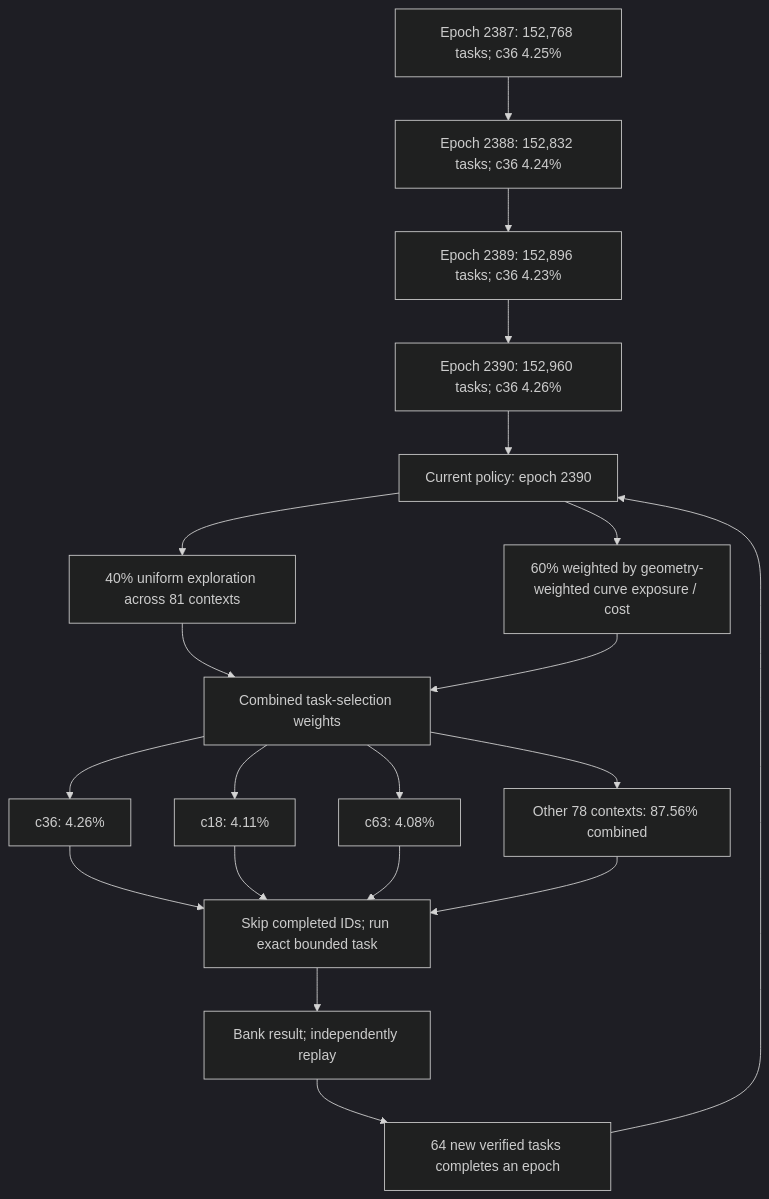
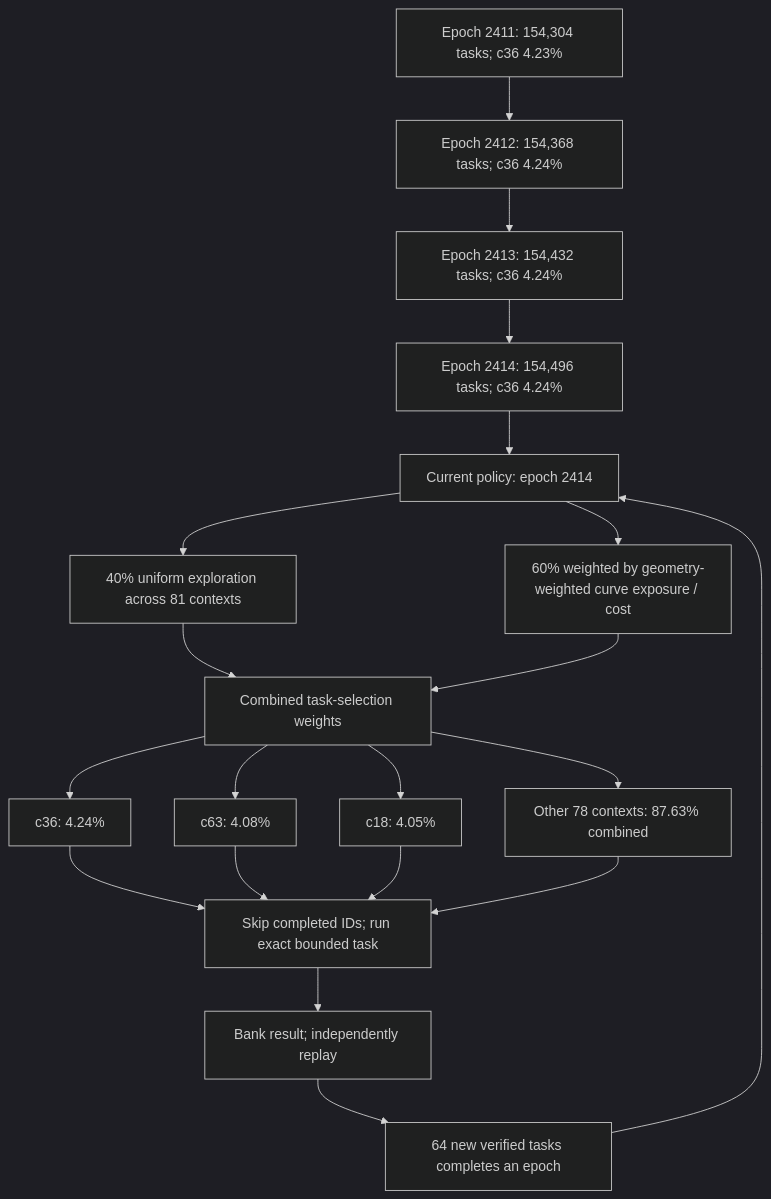
Before and after one commit to Kuberwastaken/math-gambling: the first of 3 diagrams in README.md, drawn with Mermaid (dark theme). The commit also changed other lines of this file and 3087 other files, not shown here.

````diff
--- a/README.md
+++ b/README.md
@@ -56,27 +56,27 @@
 ```mermaid
 flowchart TD
-    H0["Epoch 2387: 152,768 tasks; c36 4.25%"]
-    H1["Epoch 2388: 152,832 tasks; c36 4.24%"]
+    H0["Epoch 2411: 154,304 tasks; c36 4.23%"]
+    H1["Epoch 2412: 154,368 tasks; c36 4.24%"]
     H0 --> H1
-    H2["Epoch 2389: 152,896 tasks; c36 4.23%"]
+    H2["Epoch 2413: 154,432 tasks; c36 4.24%"]
     H1 --> H2
-    H3["Epoch 2390: 152,960 tasks; c36 4.26%"]
+    H3["Epoch 2414: 154,496 tasks; c36 4.24%"]
     H2 --> H3
-    Policy["Current policy: epoch 2390"]
+    Policy["Current policy: epoch 2414"]
     H3 --> Policy
     Policy --> Explore["40% uniform exploration across 81 contexts"]
     Policy --> Cost["60% weighted by geometry-weighted curve exposure / cost"]
     Explore --> Mix["Combined task-selection weights"]
     Cost --> Mix
-    Mix --> C0["c36: 4.26%"]
-    Mix --> C1["c18: 4.11%"]
-    Mix --> C2["c63: 4.08%"]
-    Mix --> Rest["Other 78 contexts: 87.56% combined"]
+    Mix --> C0["c36: 4.24%"]
+    Mix --> C1["c63: 4.08%"]
+    Mix --> C2["c18: 4.05%"]
+    Mix --> Rest["Other 78 contexts: 87.63% combined"]
     C0 --> Check["Skip completed IDs; run exact bounded task"]
     C1 --> Check
     C2 --> Check
     Rest --> Check
     Check --> Replay["Bank result; independently replay"]
     Replay --> Gate["64 new verified tasks completes an epoch"]
     Gate --> Policy
 ```
````
